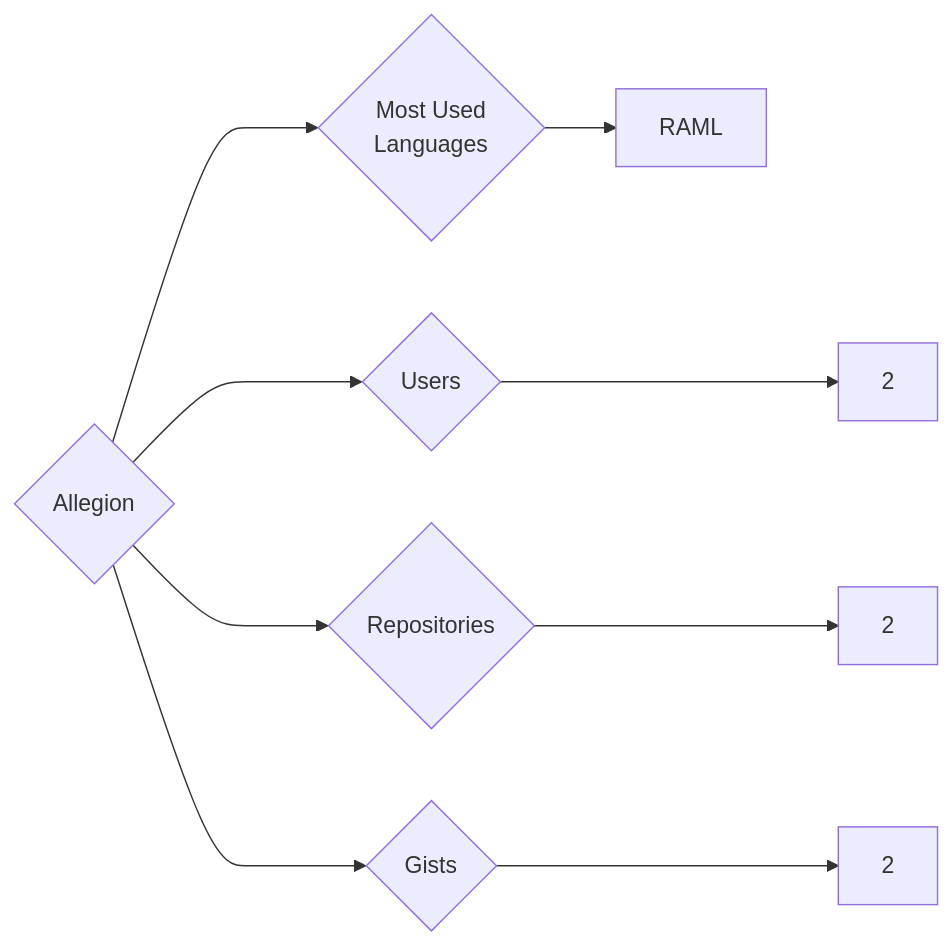
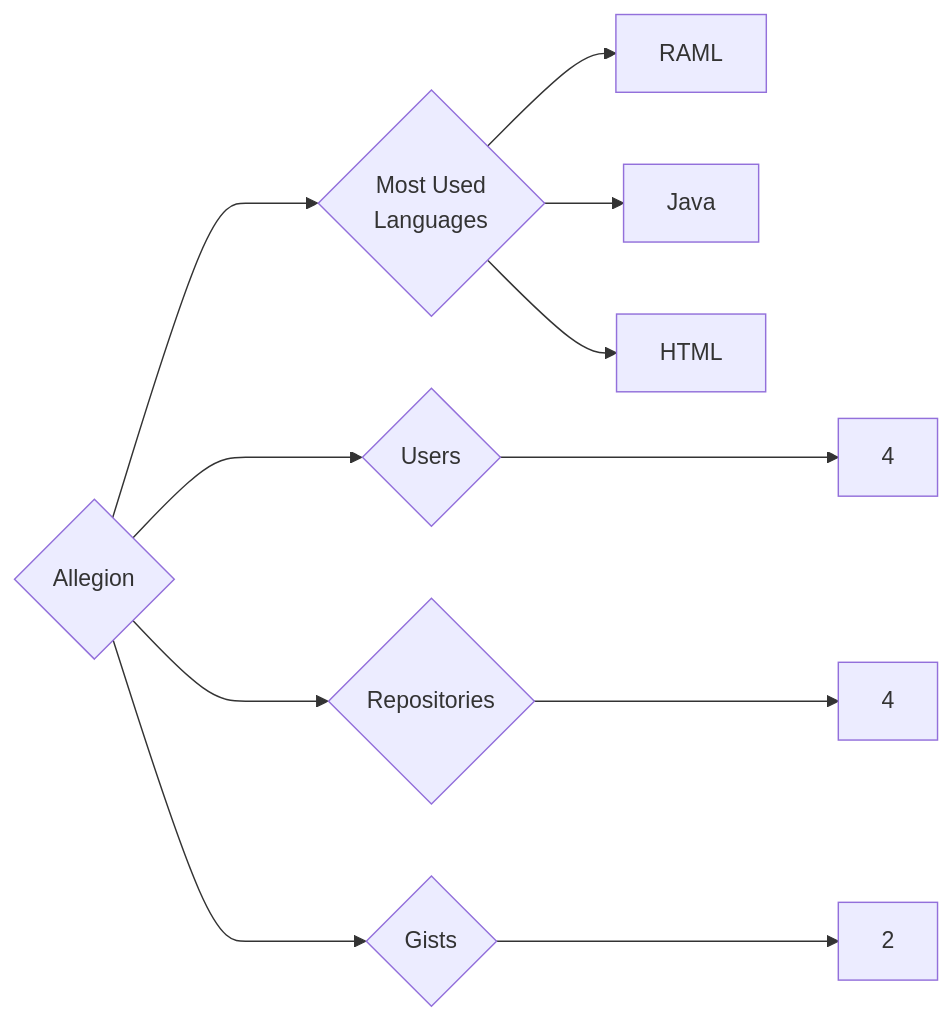
Before and after one commit to trickest/insiders: the diagram in targets/Allegion/README.md, drawn with Mermaid. The commit also changed 1030 other files, not shown here.

````diff
--- a/targets/Allegion/README.md
+++ b/targets/Allegion/README.md
@@ -3,9 +3,11 @@
 ```mermaid
 graph LR
 COMPANY_NAME{Allegion}
-COMPANY_NAME ---> U{Users} ---> UN[2]
-COMPANY_NAME ---> R{Repositories} ---> RN[2]
+COMPANY_NAME ---> U{Users} ---> UN[4]
+COMPANY_NAME ---> R{Repositories} ---> RN[4]
 COMPANY_NAME ---> G{Gists} ---> GN[2]
 COMPANY_NAME ---> ML{Most Used<br>Languages}
 ML --> RAML[RAML]
+ML --> Java[Java]
+ML --> HTML[HTML]
 ```
````
